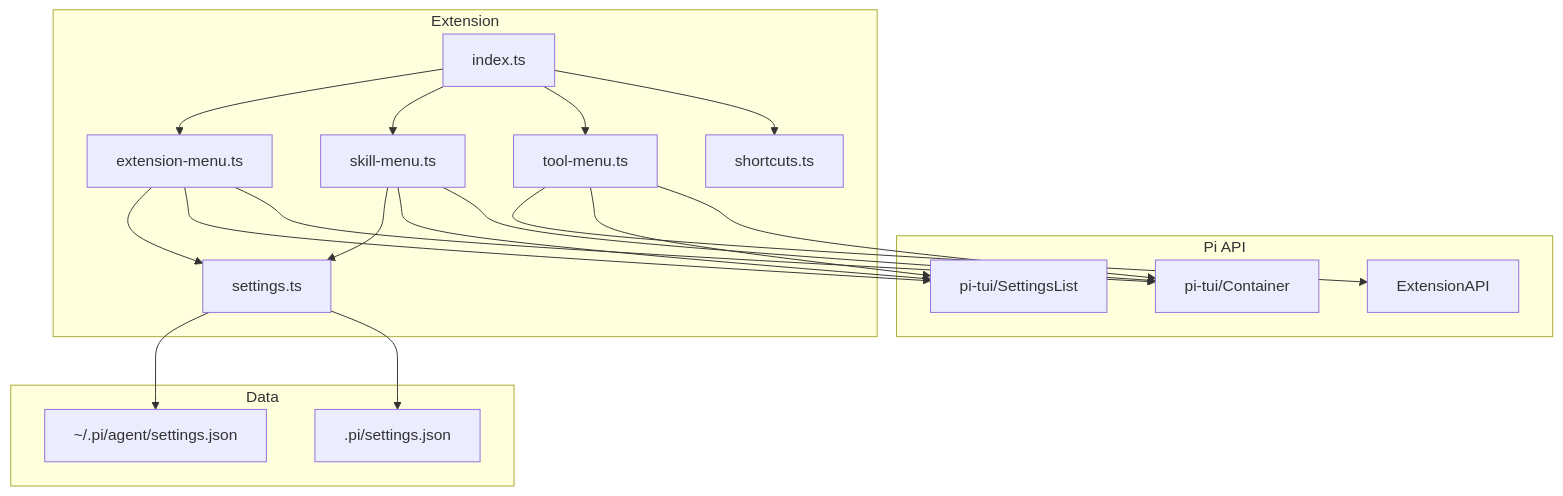
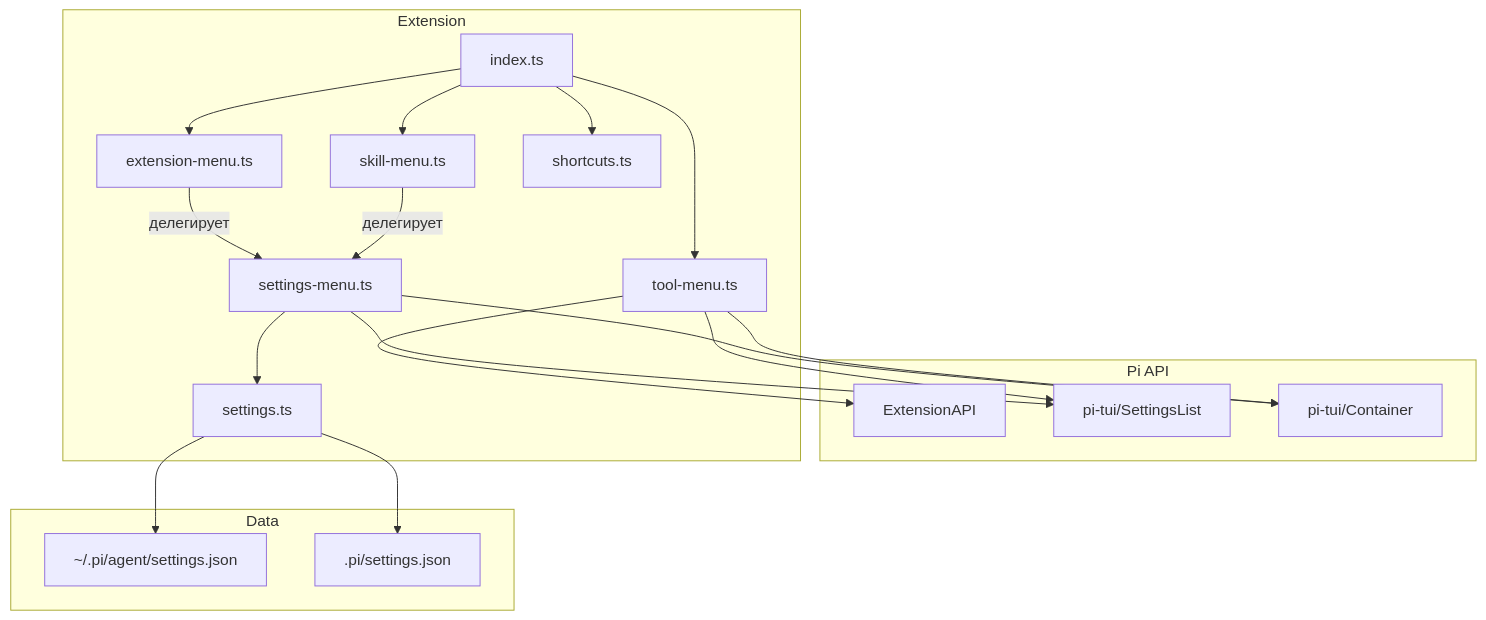
Before and after one commit to intulint/pi-extension-manager: the third of 3 diagrams in ARCHITECTURE.md, drawn with Mermaid. The commit also changed other lines of this file and 1 other file, not shown here.

First line of the commit message:
docs: update README and ARCHITECTURE after refactoring

````diff
--- a/ARCHITECTURE.md
+++ b/ARCHITECTURE.md
@@ -277,41 +297,43 @@
 ```mermaid
 flowchart TB
     subgraph Pi API
         API[ExtensionAPI]
         TUI[pi-tui/SettingsList]
         TUI2[pi-tui/Container]
     end
 
     subgraph Extension
         IDX[index.ts]
+        SMM[settings-menu.ts]
         EXT[extension-menu.ts]
         SKL[skill-menu.ts]
         TLM[tool-menu.ts]
         SHT[shortcuts.ts]
         SET[settings.ts]
     end
 
     subgraph Data
         USR[~/.pi/agent/settings.json]
         PRJ[.pi/settings.json]
     end
 
     IDX --> EXT
     IDX --> SKL
     IDX --> TLM
     IDX --> SHT
 
-    EXT --> SET
-    SKL --> SET
+    EXT -->|делегирует| SMM
+    SKL -->|делегирует| SMM
+
+    SMM --> SET
+    SMM --> TUI
+    SMM --> TUI2
+
     TLM --> API
 
     SET --> USR
     SET --> PRJ
 
-    EXT --> TUI
-    EXT --> TUI2
-    SKL --> TUI
-    SKL --> TUI2
     TLM --> TUI
     TLM --> TUI2
 ```
````
